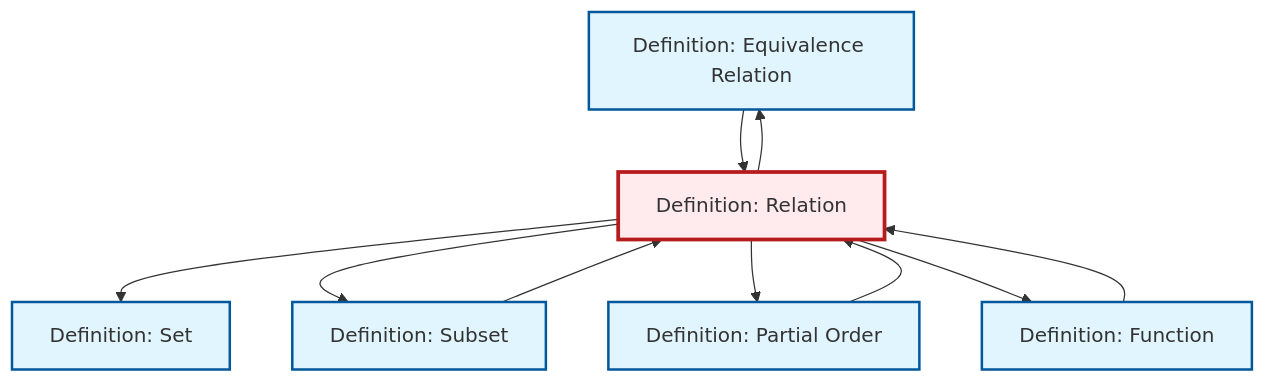
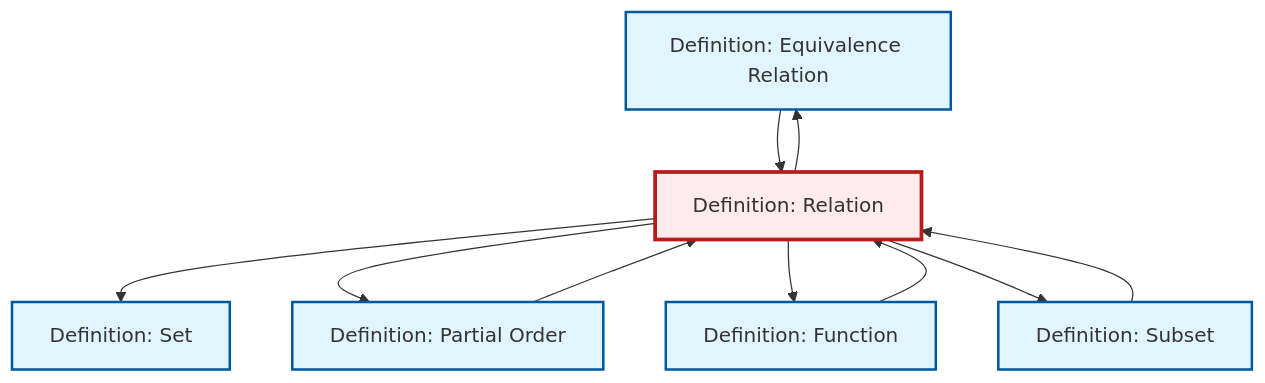
One commit to RK0429/ModernMath changed the diagram in content/ja/logic-set-theory/def-relation.qmd. Above: the diagram before and after it, drawn with Mermaid. The commit also changed other lines of this file and 654 other files, not shown here.

First line of the commit message:
fix: Update cross-references to equivalence relation in quotient ring definitions

````diff
--- a/content/ja/logic-set-theory/def-relation.qmd
+++ b/content/ja/logic-set-theory/def-relation.qmd
@@ -91,30 +91,30 @@
 ```{mermaid}
 %%| fig-cap: "Local dependency graph"
 graph TD
     classDef definition fill:#e1f5fe,stroke:#01579b,stroke-width:2px
     classDef theorem fill:#f3e5f5,stroke:#4a148c,stroke-width:2px
     classDef axiom fill:#fff3e0,stroke:#e65100,stroke-width:2px
     classDef example fill:#e8f5e9,stroke:#1b5e20,stroke-width:2px
     classDef current fill:#ffebee,stroke:#b71c1c,stroke-width:3px
+    def-set["Definition: Set"]:::definition
     def-equivalence-relation["Definition: Equivalence Relation"]:::definition
+    def-subset["Definition: Subset"]:::definition
+    def-relation["Definition: Relation"]:::definition
+    def-function["Definition: Function"]:::definition
     def-partial-order["Definition: Partial Order"]:::definition
-    def-subset["Definition: Subset"]:::definition
-    def-function["Definition: Function"]:::definition
-    def-relation["Definition: Relation"]:::definition
-    def-set["Definition: Set"]:::definition
     def-relation --> def-set
+    def-relation --> def-equivalence-relation
     def-subset --> def-relation
-    def-relation --> def-subset
-    def-relation --> def-equivalence-relation
-    def-function --> def-relation
     def-relation --> def-partial-order
     def-relation --> def-function
+    def-equivalence-relation --> def-relation
+    def-relation --> def-subset
     def-partial-order --> def-relation
-    def-equivalence-relation --> def-relation
+    def-function --> def-relation
     class def-relation current
+    click def-set "def-set.html" "Definition: Setへ"
     click def-equivalence-relation "def-equivalence-relation.html" "Definition: Equivalence Relationへ"
-    click def-partial-order "def-partial-order.html" "Definition: Partial Orderへ"
     click def-subset "def-subset.html" "Definition: Subsetへ"
     click def-function "def-function.html" "Definition: Functionへ"
-    click def-set "def-set.html" "Definition: Setへ"
+    click def-partial-order "def-partial-order.html" "Definition: Partial Orderへ"
 ```
````
